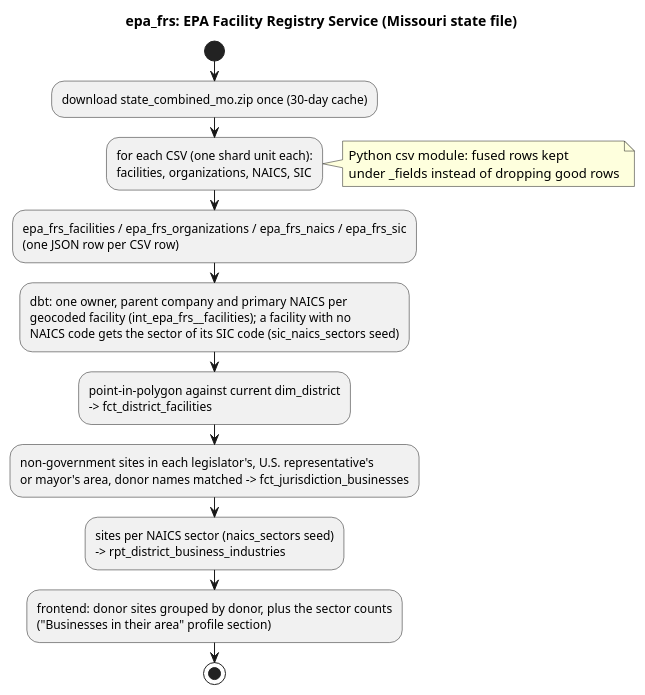
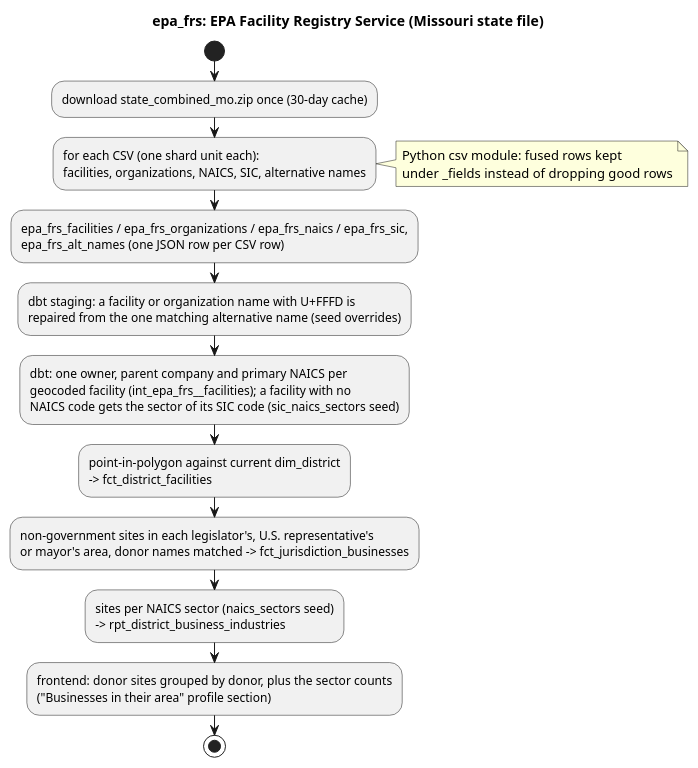
One commit to akettmann/missouri_gov_feed changed the diagram in docs/diagrams/sources/epa_frs.puml. Above: the diagram before and after it, drawn with PlantUML. The commit also changed 17 other files, not shown here.

First line of the commit message:
EPA FRS: load MO_ALTERNATIVE_NAME_FILE and repair U+FFFD names from it (#260)

```diff
--- a/docs/diagrams/sources/epa_frs.puml
+++ b/docs/diagrams/sources/epa_frs.puml
@@ -1,22 +1,24 @@
 @startuml epa_frs
 title epa_frs: EPA Facility Registry Service (Missouri state file)
 start
 :download state_combined_mo.zip once (30-day cache);
 :for each CSV (one shard unit each):
-facilities, organizations, NAICS, SIC;
+facilities, organizations, NAICS, SIC, alternative names;
 note right: Python csv module: fused rows kept\nunder _fields instead of dropping good rows
-:epa_frs_facilities / epa_frs_organizations / epa_frs_naics / epa_frs_sic
-(one JSON row per CSV row);
+:epa_frs_facilities / epa_frs_organizations / epa_frs_naics / epa_frs_sic,
+epa_frs_alt_names (one JSON row per CSV row);
+:dbt staging: a facility or organization name with U+FFFD is
+repaired from the one matching alternative name (seed overrides);
 :dbt: one owner, parent company and primary NAICS per
 geocoded facility (int_epa_frs__facilities); a facility with no
 NAICS code gets the sector of its SIC code (sic_naics_sectors seed);
 :point-in-polygon against current dim_district
 -> fct_district_facilities;
 :non-government sites in each legislator's, U.S. representative's
 or mayor's area, donor names matched -> fct_jurisdiction_businesses;
 :sites per NAICS sector (naics_sectors seed)
 -> rpt_district_business_industries;
 :frontend: donor sites grouped by donor, plus the sector counts
 ("Businesses in their area" profile section);
 stop
 @enduml
```
